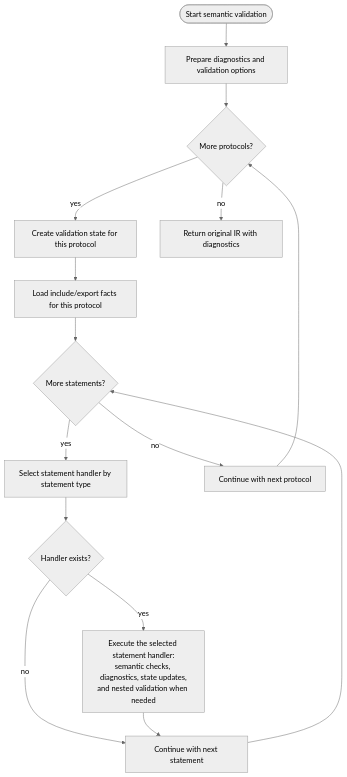
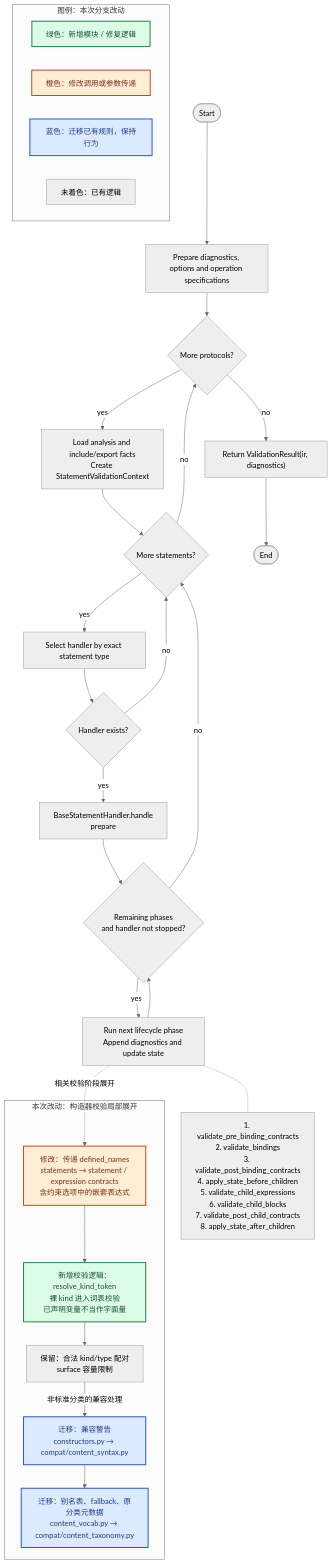
One commit to culsma/culsma changed the first of 3 diagrams in docs/architecture/pipeline/validate_module_diagrams.md. Above: the diagram before and after it, drawn with Mermaid (neutral theme). The commit also changed other lines of this file and 16 other files, not shown here.

Commit message:
fix: validate bare content kinds and isolate legacy compatibility

````diff
--- a/docs/architecture/pipeline/validate_module_diagrams.md
+++ b/docs/architecture/pipeline/validate_module_diagrams.md
@@ -24,32 +5,45 @@
 ```mermaid
 flowchart TB
-    Start([Start semantic validation])
-    Init["Prepare diagnostics and validation options"]
-    ProtocolLoop{"More protocols?"}
-    ProtocolState["Create validation state for this protocol"]
-    IncludeFacts["Load include/export facts for this protocol"]
-    StatementLoop{"More statements?"}
-    Dispatch["Select statement handler by statement type"]
-    HandlerFound{"Handler exists?"}
-    Handler["Execute the selected statement handler:<br/>semantic checks, diagnostics, state updates,<br/>and nested validation when needed"]
-    NextStatement["Continue with next statement"]
-    NextProtocol["Continue with next protocol"]
-    Return["Return original IR with diagnostics"]
+    Start([Start]) --> Init["Prepare diagnostics, options and operation specifications"]
+    Init --> Protocols{"More protocols?"}
+    Protocols -->|yes| Context["Load analysis and include/export facts<br/>Create StatementValidationContext"]
+    Context --> Statements{"More statements?"}
+    Statements -->|no| Protocols
+    Statements -->|yes| Dispatch["Select handler by exact statement type"]
+    Dispatch --> Found{"Handler exists?"}
+    Found -->|no| Statements
+    Found -->|yes| Prepare["BaseStatementHandler.handle<br/>prepare"]
+    Prepare --> Continue{"Remaining phases<br/>and handler not stopped?"}
+    Continue -->|no| Statements
+    Continue -->|yes| Phase["Run next lifecycle phase<br/>Append diagnostics and update state"]
+    Phase --> Continue
+    Phases["1. validate_pre_binding_contracts<br/>2. validate_bindings<br/>3. validate_post_binding_contracts<br/>4. apply_state_before_children<br/>5. validate_child_expressions<br/>6. validate_child_blocks<br/>7. validate_post_child_contracts<br/>8. apply_state_after_children"]
+    Phase -.- Phases
+    Protocols -->|no| Result["Return ValidationResult(ir, diagnostics)"]
+    Result --> Done([End])
 
-    Start --> Init
-    Init --> ProtocolLoop
-    ProtocolLoop -->|yes| ProtocolState
-    ProtocolState --> IncludeFacts
-    IncludeFacts --> StatementLoop
+    subgraph Changes["本次改动：构造器校验局部展开"]
+        ScopeChange["修改：传递 defined_names<br/>statements → statement / expression contracts<br/>含约束选项中的嵌套表达式"]
+        KindFix["新增校验逻辑：resolve_kind_token<br/>裸 kind 进入词表校验<br/>已声明变量不当作字面量"]
+        ExistingChecks["保留：合法 kind/type 配对<br/>surface 容量限制"]
+        SyntaxMove["迁移：兼容警告<br/>constructors.py → compat/content_syntax.py"]
+        TaxonomyMove["迁移：别名表、fallback、原分类元数据<br/>content_vocab.py → compat/content_taxonomy.py"]
+        ScopeChange --> KindFix --> ExistingChecks
+        ExistingChecks -->|非标准分类的兼容处理| SyntaxMove
+        SyntaxMove --> TaxonomyMove
+    end
+    Phase -.->|相关校验阶段展开| ScopeChange
 
-    StatementLoop -->|yes| Dispatch
-    StatementLoop -->|no| NextProtocol
-    NextProtocol --> ProtocolLoop
-    ProtocolLoop -->|no| Return
-
-    Dispatch --> HandlerFound
-    HandlerFound -->|yes| Handler
-    HandlerFound -->|no| NextStatement
-    Handler --> NextStatement
-    NextStatement --> StatementLoop
+    subgraph Legend["图例：本次分支改动"]
+        AddedKey["绿色：新增模块 / 修复逻辑"]
+        ModifiedKey["橙色：修改调用或参数传递"]
+        MovedKey["蓝色：迁移已有规则，保持行为"]
+        ExistingKey["未着色：已有逻辑"]
+    end
+    classDef added fill:#dcfce7,stroke:#15803d,color:#14532d,stroke-width:2px;
+    classDef modified fill:#ffedd5,stroke:#c2410c,color:#7c2d12,stroke-width:2px;
+    classDef moved fill:#dbeafe,stroke:#1d4ed8,color:#1e3a8a,stroke-width:2px;
+    class KindFix,AddedKey added;
+    class ScopeChange,ModifiedKey modified;
+    class SyntaxMove,TaxonomyMove,MovedKey moved;
 ```
````
